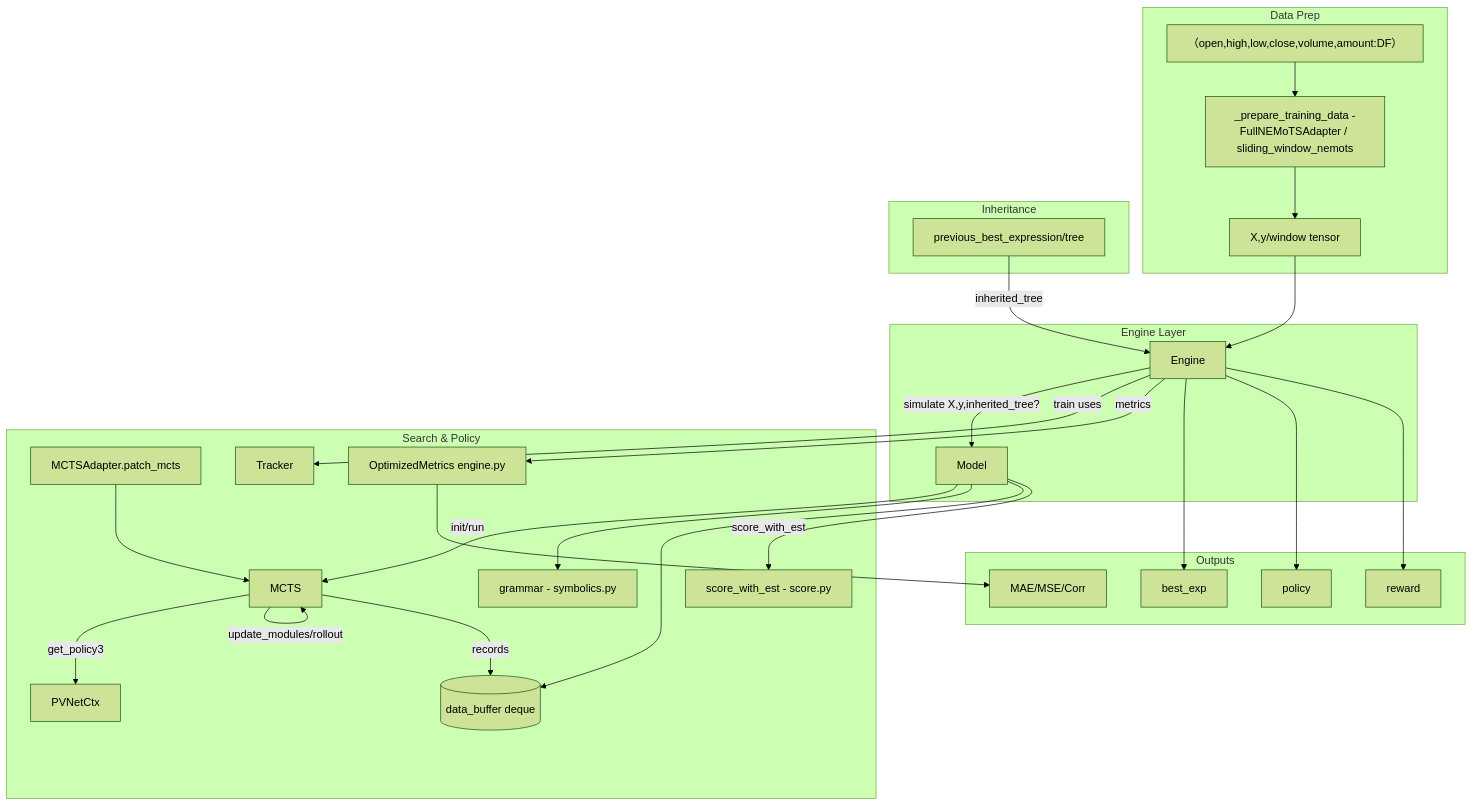
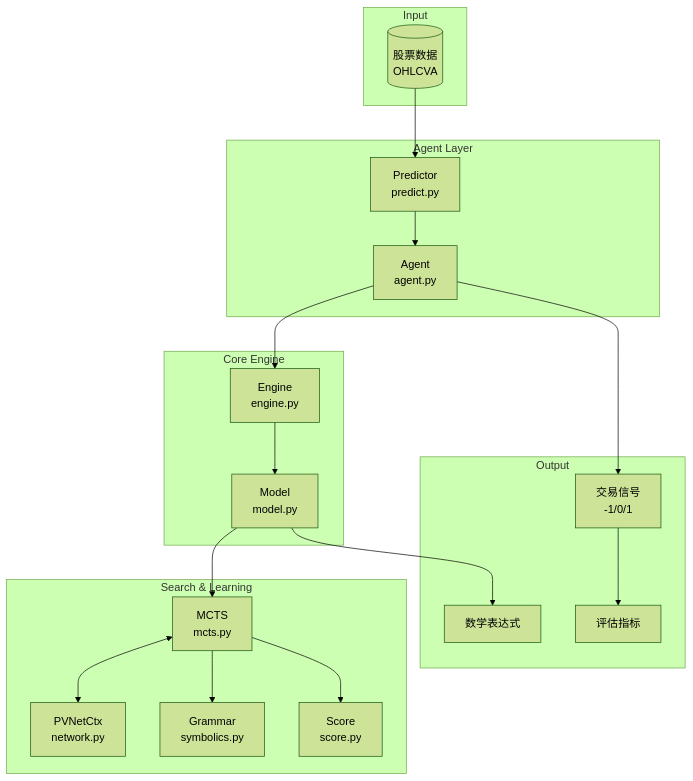
The first of 2 diagrams in README.md (JNU-Tangyin/eata), drawn with Mermaid (forest theme) before and after one commit. The commit also changed other lines of this file, not shown here.

````diff
--- a/README.md
+++ b/README.md
@@ -53,56 +109,41 @@
 ```mermaid
-graph TD
-    subgraph Data Prep
-        DIn[（open,high,low,close,volume,amount:DF）]
-        PreA[_prepare_training_data -FullNEMoTSAdapter / sliding_window_nemots]
-        DIn --> PreA --> Tensor[X,y/window tensor]
+graph TB
+    subgraph Input
+        Data[(股票数据<br/>OHLCVA)]
     end
-
-    subgraph Engine Layer
-        Eng[Engine]
-        Mod[Model]
-        Eng -->|simulate X,y,inherited_tree?| Mod
+    
+    subgraph Agent Layer
+        Agent[Agent<br/>agent.py]
+        Predictor[Predictor<br/>predict.py]
     end
-
-    subgraph Search & Policy
-        M[MCTS]
-        Adp[MCTSAdapter.patch_mcts]
-        Net[PVNetCtx]
-        Gram[grammar - symbolics.py]
-        Score[score_with_est - score.py]
-        Metric[OptimizedMetrics engine.py]
-        Track[Tracker]
-        Buffer[(data_buffer deque)]
+    
+    subgraph Core Engine
+        Engine[Engine<br/>engine.py]
+        Model[Model<br/>model.py]
     end
-
-    Tensor --> Eng
-    Mod -->|init/run| M
-    Mod --> Gram
-    Adp --> M
-    M -->|get_policy3| Net
-    M -->|update_modules/rollout| M
-    M -->|records| Buffer
-    Mod --> Buffer
-    Eng -->|train uses| Track
-    Mod -->|score_with_est| Score
-    Eng -->|metrics| Metric
-
-    subgraph Inheritance
-        Prev[previous_best_expression/tree]
-        Prev -->|inherited_tree| Eng
+    
+    subgraph Search & Learning
+        MCTS[MCTS<br/>mcts.py]
+        PVNet[PVNetCtx<br/>network.py]
+        Grammar[Grammar<br/>symbolics.py]
+        Score[Score<br/>score.py]
     end
-
-    subgraph Outputs
-        Best[best_exp]
-        MAE[MAE/MSE/Corr]
-        Policy[policy]
-        Reward[reward]
+    
+    subgraph Output
+        Expression[数学表达式]
+        Signal[交易信号<br/>-1/0/1]
+        Metrics[评估指标]
     end
-
-    Metric --> MAE
-    Eng --> Best
-    Eng --> Policy
-    Eng --> Reward
-
-
+    
+    Data --> Predictor
+    Predictor --> Agent
+    Agent --> Engine
+    Engine --> Model
+    Model --> MCTS
+    MCTS <--> PVNet
+    MCTS --> Grammar
+    MCTS --> Score
+    Model --> Expression
+    Agent --> Signal
+    Signal --> Metrics
 ```
````
